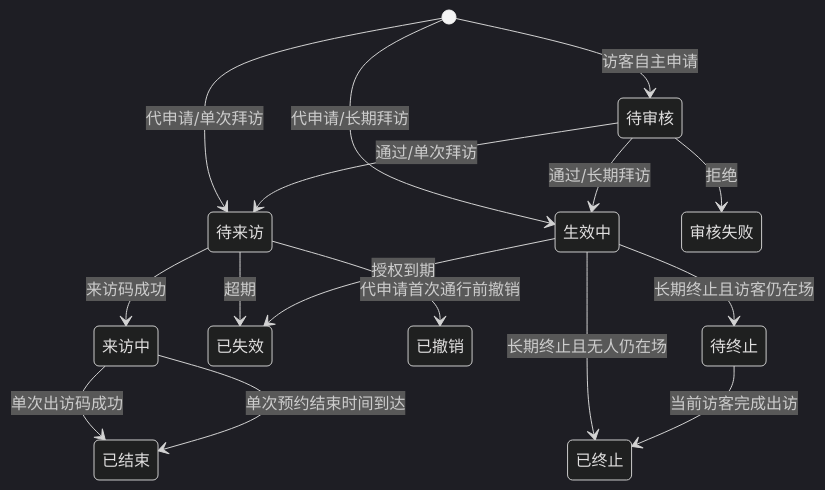
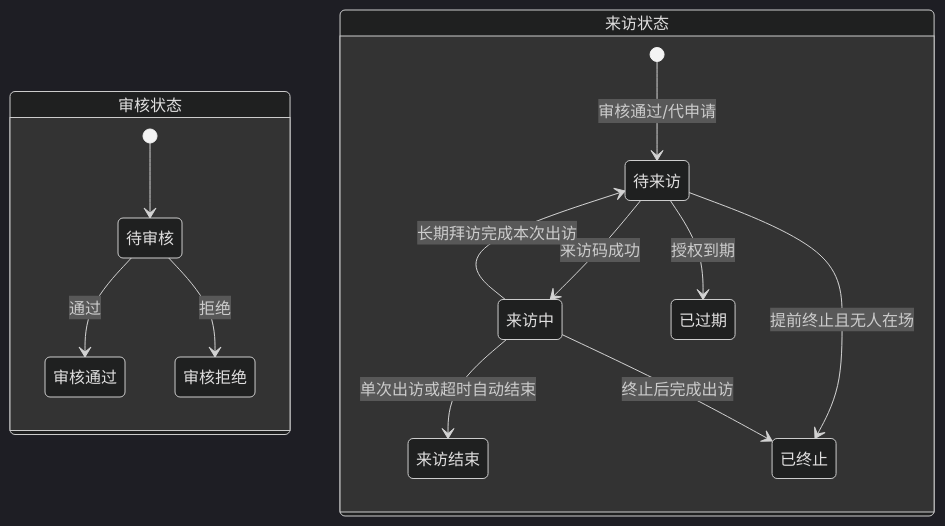
Before and after one commit to tangxiaochen755-droid/visitor-phase1-visual-blue: the fifth of 5 diagrams in docs/研发交付简版.md, drawn with Mermaid (dark theme). The commit also changed other lines of this file and 11 other files, not shown here.

````diff
--- a/docs/研发交付简版.md
+++ b/docs/研发交付简版.md
@@ -122,18 +130,17 @@
 ```mermaid
 stateDiagram-v2
-  [*] --> 待审核: 访客自主申请
-  [*] --> 待来访: 代申请/单次拜访
-  [*] --> 生效中: 代申请/长期拜访
-  待审核 --> 待来访: 通过/单次拜访
-  待审核 --> 生效中: 通过/长期拜访
-  待审核 --> 审核失败: 拒绝
-  待来访 --> 来访中: 来访码成功
-  来访中 --> 已结束: 单次出访码成功
-  来访中 --> 已结束: 单次预约结束时间到达
-  待来访 --> 已失效: 超期
-  生效中 --> 已失效: 授权到期
-  待来访 --> 已撤销: 代申请首次通行前撤销
-  生效中 --> 已终止: 长期终止且无人仍在场
-  生效中 --> 待终止: 长期终止且访客仍在场
-  待终止 --> 已终止: 当前访客完成出访
+  state 审核状态 {
+    [*] --> 待审核
+    待审核 --> 审核通过: 通过
+    待审核 --> 审核拒绝: 拒绝
+  }
+  state 来访状态 {
+    [*] --> 待来访: 审核通过/代申请
+    待来访 --> 来访中: 来访码成功
+    来访中 --> 来访结束: 单次出访或超时自动结束
+    来访中 --> 待来访: 长期拜访完成本次出访
+    待来访 --> 已过期: 授权到期
+    待来访 --> 已终止: 提前终止且无人在场
+    来访中 --> 已终止: 终止后完成出访
+  }
 ```
````
